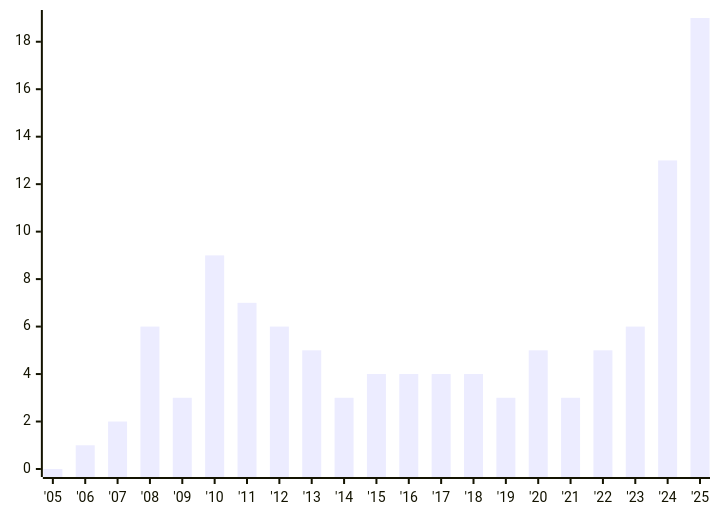
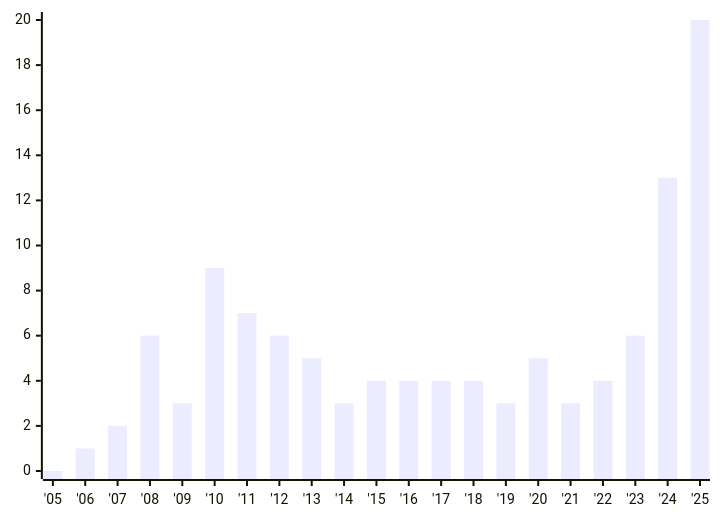
One commit to austrellum/navigator changed the second of 4 diagrams in index.stats.md. Above: the diagram before and after it, drawn with Mermaid. The commit also changed other lines of this file and 8 other files, not shown here.

````diff
--- a/index.stats.md
+++ b/index.stats.md
@@ -18,6 +18,6 @@
 ```mermaid
 xychart-beta
   x-axis ["'05","'06","'07","'08","'09","'10","'11","'12","'13","'14","'15","'16","'17","'18","'19","'20","'21","'22","'23","'24","'25"]
-  y-axis 0 --> 19
-  bar [0,1,2,6,3,9,7,6,5,3,4,4,4,4,3,5,3,5,6,13,19]
+  y-axis 0 --> 20
+  bar [0,1,2,6,3,9,7,6,5,3,4,4,4,4,3,5,3,4,6,13,20]
 ```
````
